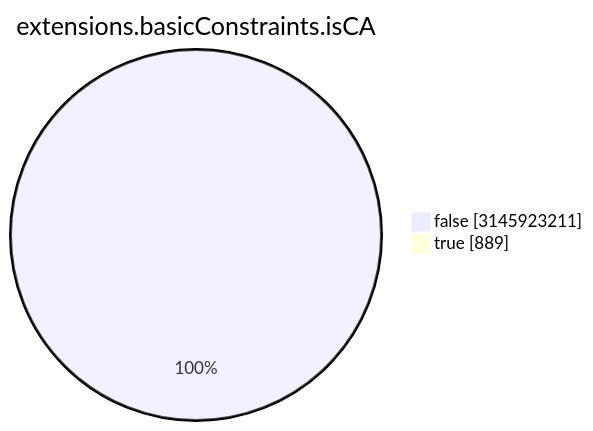
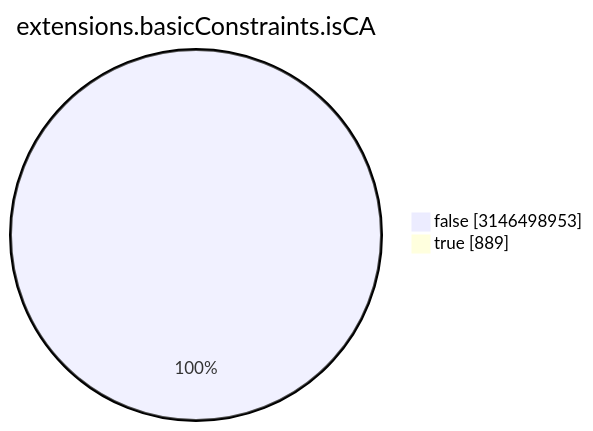
One commit to christiankrug/ctmonitor_visualization changed the seventh of 15 diagrams in TOTAL/README.md. Above: the diagram before and after it, drawn with Mermaid. The commit also changed other lines of this file, not shown here.

````diff
--- a/TOTAL/README.md
+++ b/TOTAL/README.md
@@ -3088,6 +3088,6 @@
 ```mermaid
 pie showData
 title extensions.basicConstraints.isCA
-"false" :3145923211
+"false" :3146498953
 "true" :889
 ```
````
